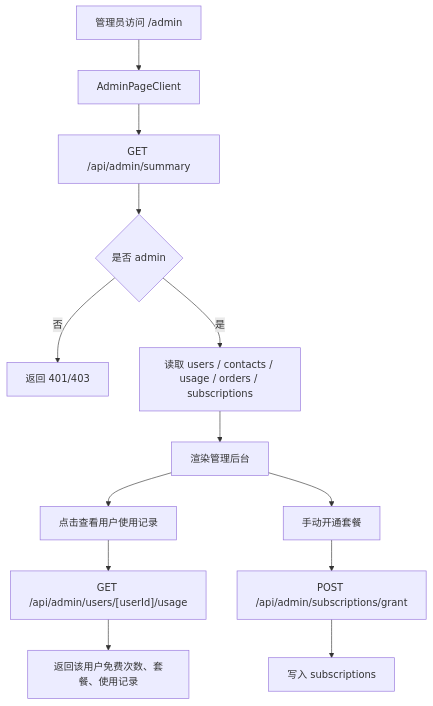
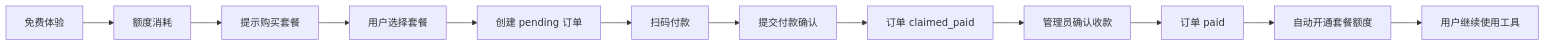
The ninth of 11 diagrams in docs/AI工具箱V2.0完整技术文档.md (yan073747/ai-office-toolbox), drawn with Mermaid before and after one commit. The commit also changed other lines of this file, not shown here.

````diff
--- a/docs/AI工具箱V2.0完整技术文档.md
+++ b/docs/AI工具箱V2.0完整技术文档.md
@@ -943,15 +925,14 @@
 ```mermaid
-flowchart TD
-  A["管理员访问 /admin"] --> B["AdminPageClient"]
-  B --> C["GET /api/admin/summary"]
-  C --> D{"是否 admin"}
-  D -- 否 --> E["返回 401/403"]
-  D -- 是 --> F["读取 users / contacts / usage / orders / subscriptions"]
-  F --> G["渲染管理后台"]
-  G --> H["点击查看用户使用记录"]
-  H --> I["GET /api/admin/users/[userId]/usage"]
-  I --> J["返回该用户免费次数、套餐、使用记录"]
-  G --> K["手动开通套餐"]
-  K --> L["POST /api/admin/subscriptions/grant"]
-  L --> M["写入 subscriptions"]
+flowchart LR
+  A["免费体验"] --> B["额度消耗"]
+  B --> C["提示购买套餐"]
+  C --> D["用户选择套餐"]
+  D --> E["创建 pending 订单"]
+  E --> F["扫码付款"]
+  F --> G["提交付款确认"]
+  G --> H["订单 claimed_paid"]
+  H --> I["管理员确认收款"]
+  I --> J["订单 paid"]
+  J --> K["自动开通套餐额度"]
+  K --> L["用户继续使用工具"]
 ```
````
